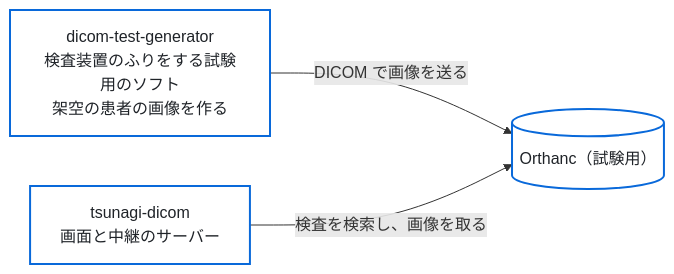
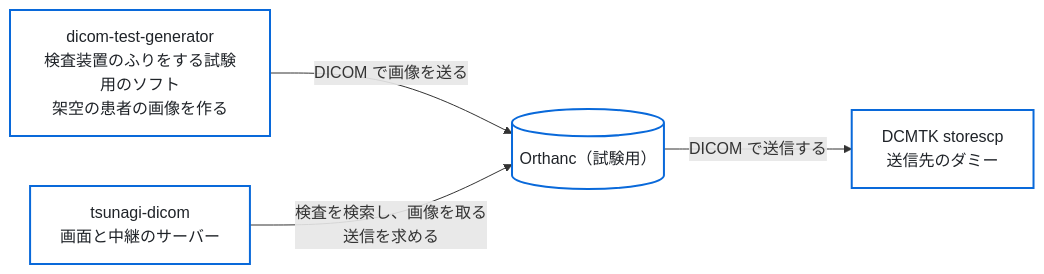
One commit to jeysunit/tsunagi-dicom changed the third of 4 diagrams in README.md. Above: the diagram before and after it, drawn with Mermaid. The commit also changed other lines of this file and 5 other files, not shown here.

````diff
--- a/README.md
+++ b/README.md
@@ -69,11 +71,13 @@
 ```mermaid
 flowchart LR
   classDef box fill:#ffffff,stroke:#0969da,stroke-width:2px,color:#1f2328
 
   DTG["dicom-test-generator<br/>検査装置のふりをする試験用のソフト<br/>架空の患者の画像を作る"]:::box
   PACS[("Orthanc（試験用）")]:::box
   TD["tsunagi-dicom<br/>画面と中継のサーバー"]:::box
+  SCP["DCMTK storescp<br/>送信先のダミー"]:::box
 
   DTG -->|"DICOM で画像を送る"| PACS
-  TD -->|"検査を検索し、画像を取る"| PACS
+  TD -->|"検査を検索し、画像を取る<br/>送信を求める"| PACS
+  PACS -->|"DICOM で送信する"| SCP
 ```
````
